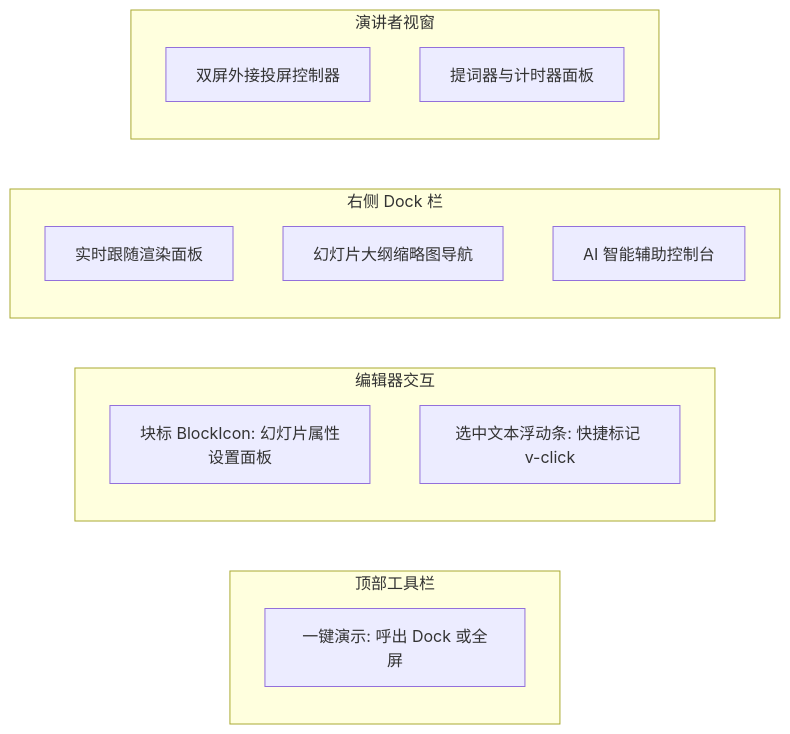
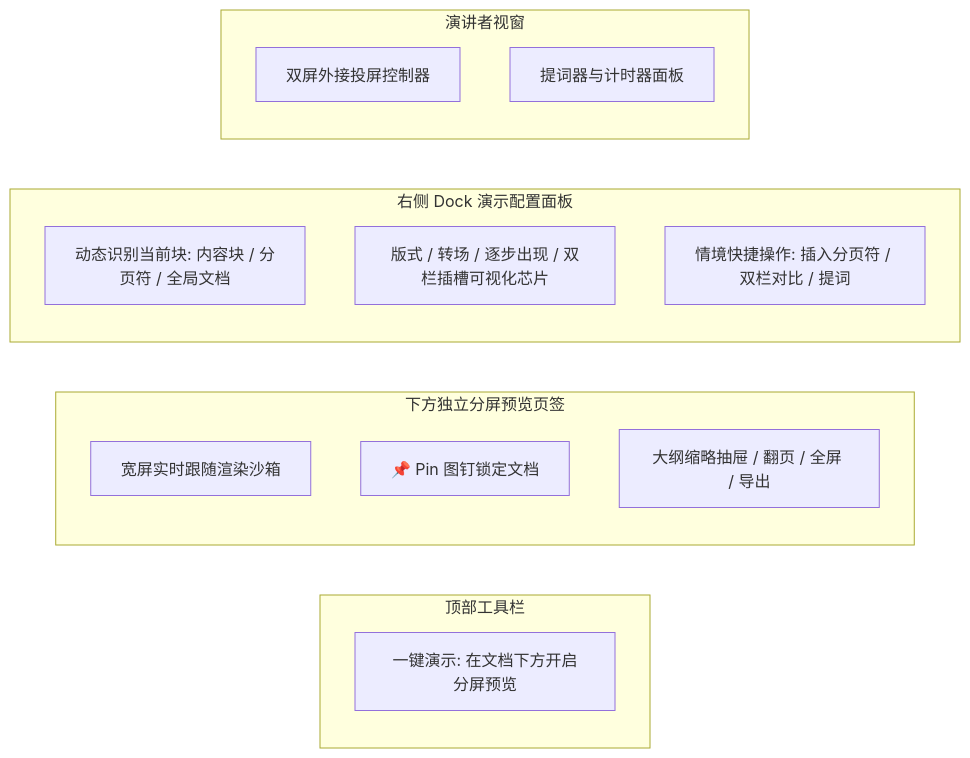
The second of 3 diagrams in docs/technical-specification-and-roadmap.md (famotime/siyuan-live-slides), drawn with Mermaid before and after one commit. The commit also changed other lines of this file and 15 other files, not shown here.

````diff
--- a/docs/technical-specification-and-roadmap.md
+++ b/docs/technical-specification-and-roadmap.md
@@ -127,19 +127,20 @@
 ```mermaid
 graph LR
     subgraph TopBar[顶部工具栏]
-        TB1[一键演示: 呼出 Dock 或全屏]
+        TB1[一键演示: 在文档下方开启分屏预览]
     end
-    subgraph EditorMenu[编辑器交互]
-        EM1[块标 BlockIcon: 幻灯片属性设置面板]
-        EM2[选中文本浮动条: 快捷标记 v-click]
+    subgraph BottomTab[下方独立分屏预览页签]
+        BT1[宽屏实时跟随渲染沙箱]
+        BT2[📌 Pin 图钉锁定文档]
+        BT3[大纲缩略抽屉 / 翻页 / 全屏 / 导出]
     end
-    subgraph SideDock[右侧 Dock 栏]
-        SD1[实时跟随渲染面板]
-        SD2[幻灯片大纲缩略图导航]
-        SD3[AI 智能辅助控制台]
+    subgraph SideDock[右侧 Dock 演示配置面板]
+        SD1[动态识别当前块: 内容块 / 分页符 / 全局文档]
+        SD2[版式 / 转场 / 逐步出现 / 双栏插槽可视化芯片]
+        SD3[情境快捷操作: 插入分页符 / 双栏对比 / 提词]
     end
     subgraph PresenterWindow[演讲者视窗]
         PW1[双屏外接投屏控制器]
         PW2[提词器与计时器面板]
     end
 ```
````
